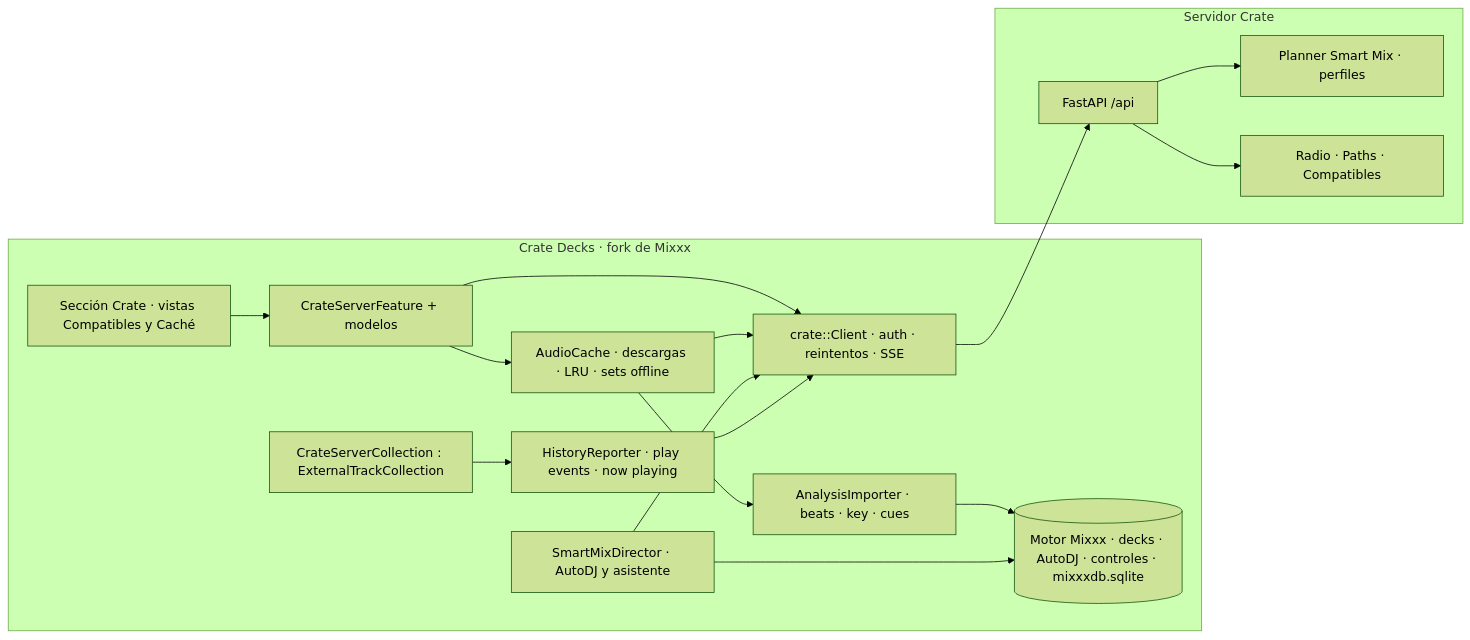
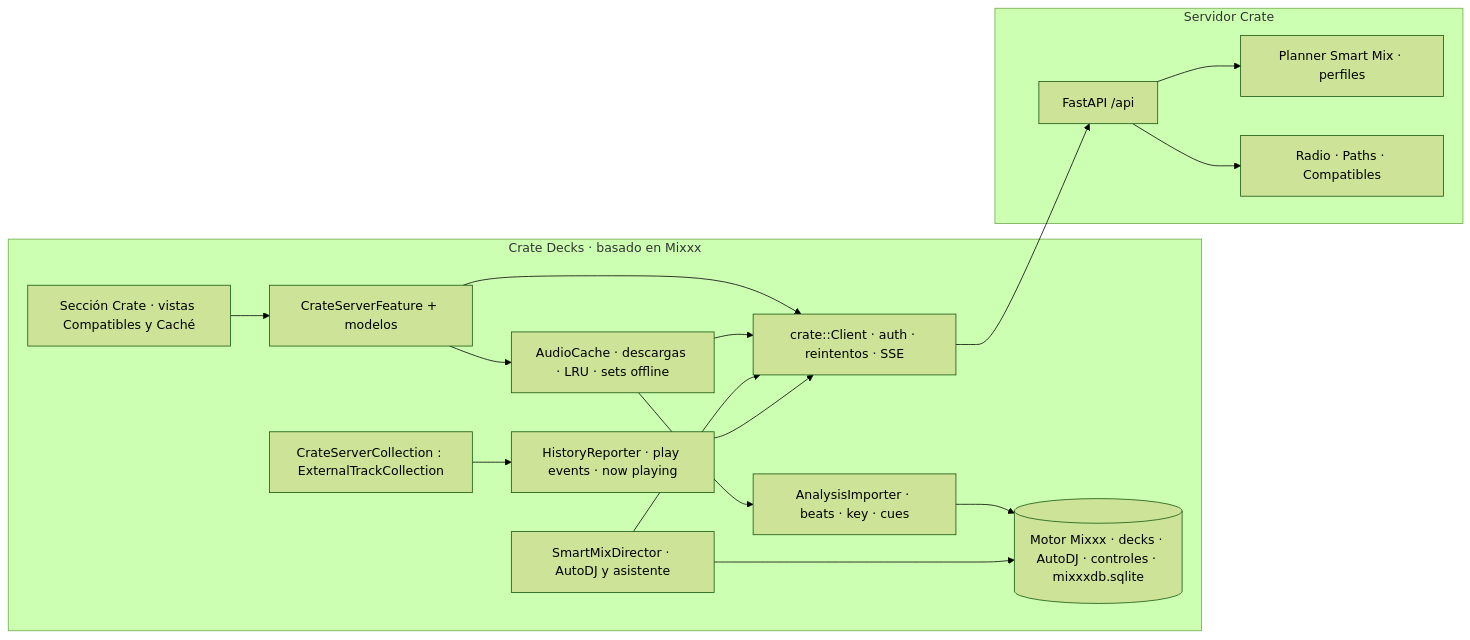
One commit to thecrateapp/crate-decks changed the first of 2 diagrams in docs/plans/2026-11-02-crate-decks-design.md. Above: the diagram before and after it, drawn with Mermaid (forest theme). The commit also changed other lines of this file and 2 other files, not shown here.

First line of the commit message:
docs: make Crate Decks an independent repository based on Mixxx

````diff
--- a/docs/plans/2026-11-02-crate-decks-design.md
+++ b/docs/plans/2026-11-02-crate-decks-design.md
@@ -260,29 +261,29 @@
 ```mermaid
 flowchart LR
-  subgraph Decks[Crate Decks · fork de Mixxx]
+  subgraph Decks[Crate Decks · basado en Mixxx]
     UI[Sección Crate · vistas Compatibles y Caché]
     LIB[CrateServerFeature + modelos]
     COL[CrateServerCollection : ExternalTrackCollection]
     CL[crate::Client · auth · reintentos · SSE]
     CACHE[AudioCache · descargas · LRU · sets offline]
     AN[AnalysisImporter · beats · key · cues]
     DIR[SmartMixDirector · AutoDJ y asistente]
     HIST[HistoryReporter · play events · now playing]
     MIXXX[(Motor Mixxx · decks · AutoDJ · controles · mixxxdb.sqlite)]
   end
   subgraph Server[Servidor Crate]
     API[FastAPI /api]
     SM[Planner Smart Mix · perfiles]
     REC[Radio · Paths · Compatibles]
   end
   UI --> LIB --> CL
   LIB --> CACHE --> CL
   CACHE --> AN --> MIXXX
   DIR --> CL
   DIR --> MIXXX
   HIST --> CL
   COL --> HIST
   CL --> API
   API --> SM
   API --> REC
 ```
````
